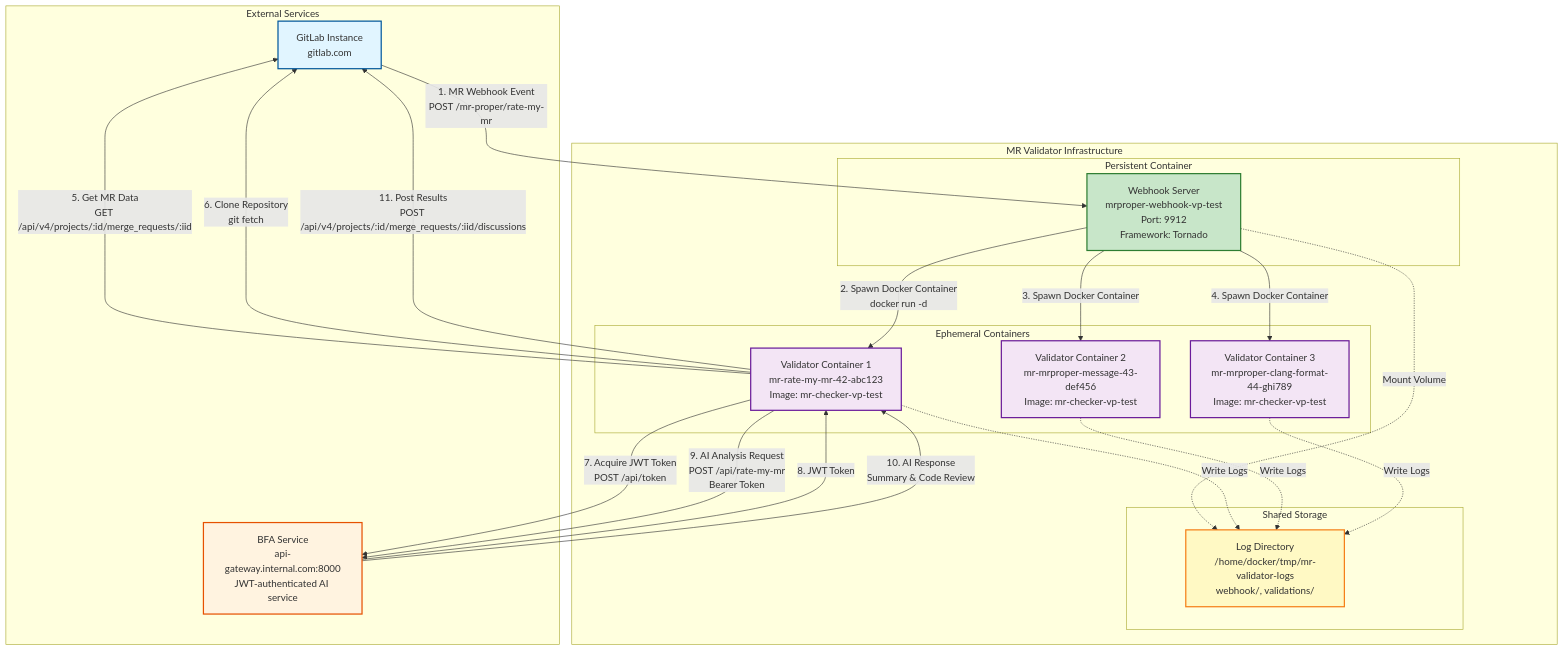
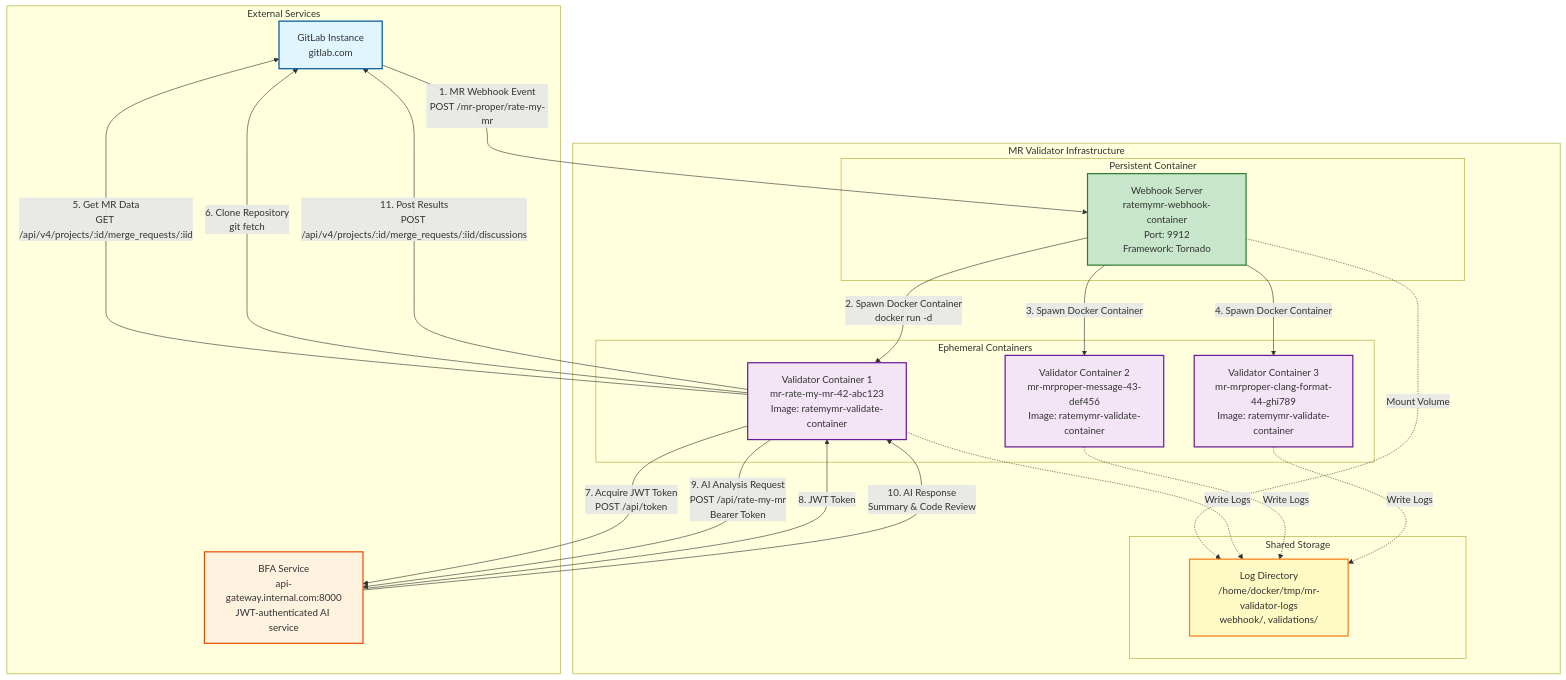
One commit to vigneshpalanivelr/commit-validator changed the first of 6 diagrams in DOCUMENTATION.md. Above: the diagram before and after it, drawn with Mermaid. The commit also changed other lines of this file and 9 other files, not shown here.

````diff
--- a/DOCUMENTATION.md
+++ b/DOCUMENTATION.md
@@ -40,49 +40,49 @@
 ```mermaid
 graph TB
     subgraph "External Services"
         GL[GitLab Instance<br/>gitlab.com]
         BFA[BFA Service<br/>api-gateway.internal.com:8000<br/>JWT-authenticated AI service]
     end
 
     subgraph "MR Validator Infrastructure"
         subgraph "Persistent Container"
-            WS[Webhook Server<br/>mrproper-webhook-vp-test<br/>Port: 9912<br/>Framework: Tornado]
+            WS[Webhook Server<br/>ratemymr-webhook-container<br/>Port: 9912<br/>Framework: Tornado]
         end
 
         subgraph "Ephemeral Containers"
-            VC1[Validator Container 1<br/>mr-rate-my-mr-42-abc123<br/>Image: mr-checker-vp-test]
-            VC2[Validator Container 2<br/>mr-mrproper-message-43-def456<br/>Image: mr-checker-vp-test]
-            VC3[Validator Container 3<br/>mr-mrproper-clang-format-44-ghi789<br/>Image: mr-checker-vp-test]
+            VC1[Validator Container 1<br/>mr-rate-my-mr-42-abc123<br/>Image: ratemymr-validate-container]
+            VC2[Validator Container 2<br/>mr-mrproper-message-43-def456<br/>Image: ratemymr-validate-container]
+            VC3[Validator Container 3<br/>mr-mrproper-clang-format-44-ghi789<br/>Image: ratemymr-validate-container]
         end
 
         subgraph "Shared Storage"
             LOGS[Log Directory<br/>/home/docker/tmp/mr-validator-logs<br/>webhook/, validations/]
         end
     end
 
     GL -->|1. MR Webhook Event<br/>POST /mr-proper/rate-my-mr| WS
     WS -->|2. Spawn Docker Container<br/>docker run -d| VC1
     WS -->|3. Spawn Docker Container| VC2
     WS -->|4. Spawn Docker Container| VC3
 
     VC1 -->|5. Get MR Data<br/>GET /api/v4/projects/:id/merge_requests/:iid| GL
     VC1 -->|6. Clone Repository<br/>git fetch| GL
     VC1 -->|7. Acquire JWT Token<br/>POST /api/token| BFA
     BFA -->|8. JWT Token| VC1
     VC1 -->|9. AI Analysis Request<br/>POST /api/rate-my-mr<br/>Bearer Token| BFA
     BFA -->|10. AI Response<br/>Summary & Code Review| VC1
     VC1 -->|11. Post Results<br/>POST /api/v4/projects/:id/merge_requests/:iid/discussions| GL
 
     WS -.->|Mount Volume| LOGS
     VC1 -.->|Write Logs| LOGS
     VC2 -.->|Write Logs| LOGS
     VC3 -.->|Write Logs| LOGS
 
     style GL fill:#e1f5ff,stroke:#01579b,stroke-width:2px
     style BFA fill:#fff3e0,stroke:#e65100,stroke-width:2px
     style WS fill:#c8e6c9,stroke:#2e7d32,stroke-width:2px
     style VC1 fill:#f3e5f5,stroke:#6a1b9a,stroke-width:2px
     style VC2 fill:#f3e5f5,stroke:#6a1b9a,stroke-width:2px
     style VC3 fill:#f3e5f5,stroke:#6a1b9a,stroke-width:2px
     style LOGS fill:#fff9c4,stroke:#f57f17,stroke-width:2px
 ```
````
